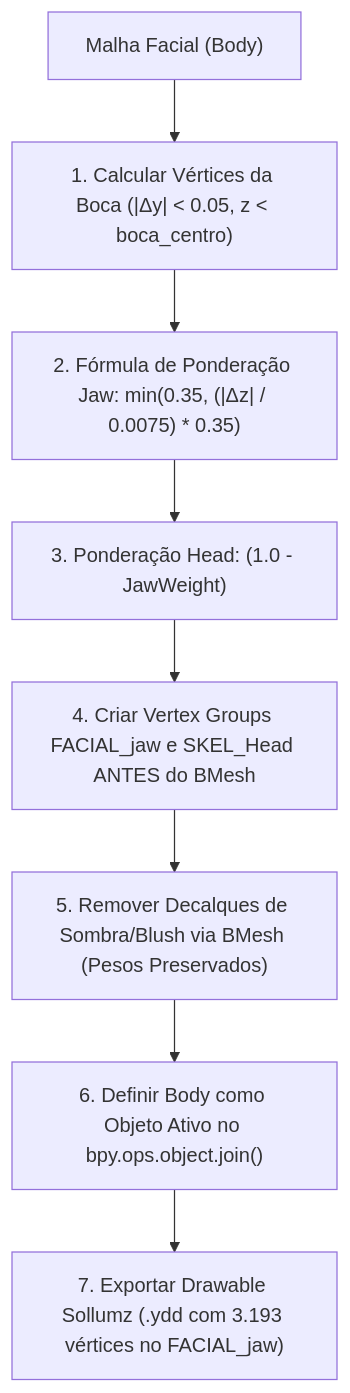
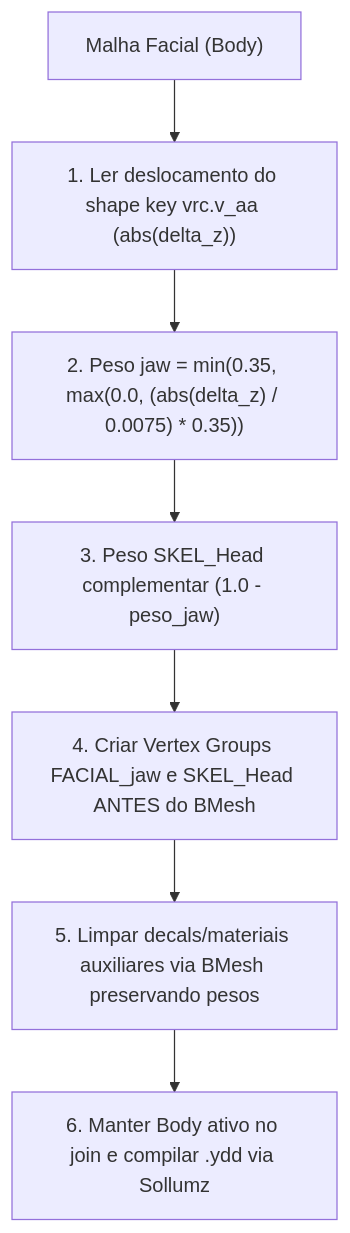
Before and after one commit to TheOkamoto/vrcavatar2gtav: the diagram in GUIA_MESTRE_IMPLANTACAO_AVATARES_GTAV.md, drawn with Mermaid. The commit also changed other lines of this file and 48 other files, not shown here.

````diff
--- a/GUIA_MESTRE_IMPLANTACAO_AVATARES_GTAV.md
+++ b/GUIA_MESTRE_IMPLANTACAO_AVATARES_GTAV.md
@@ -99,10 +103,9 @@
 ```mermaid
 flowchart TD
-    FaceMesh["Malha Facial (Body)"] --> Calibrate["1. Calcular Vértices da Boca (|Δy| < 0.05, z < boca_centro)"]
-    Calibrate --> Formula["2. Fórmula de Ponderação Jaw: min(0.35, (|Δz| / 0.0075) * 0.35)"]
-    Formula --> HeadWeight["3. Ponderação Head: (1.0 - JawWeight)"]
-    HeadWeight --> VGroups["4. Criar Vertex Groups FACIAL_jaw e SKEL_Head ANTES do BMesh"]
-    VGroups --> CleanAlpha["5. Remover Decalques de Sombra/Blush via BMesh (Pesos Preservados)"]
-    CleanAlpha --> ActiveJoin["6. Definir Body como Objeto Ativo no bpy.ops.object.join()"]
-    ActiveJoin --> YDD["7. Exportar Drawable Sollumz (.ydd com 3.193 vértices no FACIAL_jaw)"]
+    FaceMesh["Malha Facial (Body)"] --> ShapeKey["1. Ler deslocamento do shape key vrc.v_aa (abs(delta_z))"]
+    ShapeKey --> JawFormula["2. Peso jaw = min(0.35, max(0.0, (abs(delta_z) / 0.0075) * 0.35))"]
+    JawFormula --> HeadSplit["3. Peso SKEL_Head complementar (1.0 - peso_jaw)"]
+    HeadSplit --> PreBMesh["4. Criar Vertex Groups FACIAL_jaw e SKEL_Head ANTES do BMesh"]
+    PreBMesh --> CleanAlpha["5. Limpar decals/materiais auxiliares via BMesh preservando pesos"]
+    CleanAlpha --> ActiveJoin["6. Manter Body ativo no join e compilar .ydd via Sollumz"]
 ```
````
